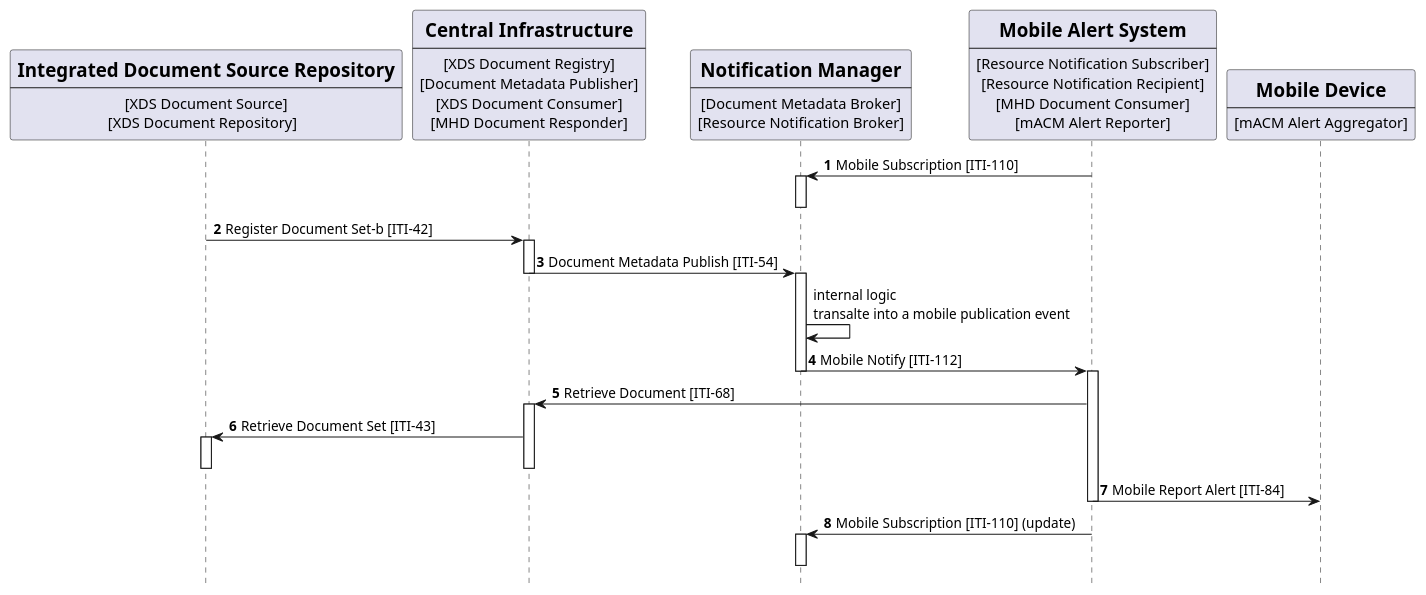
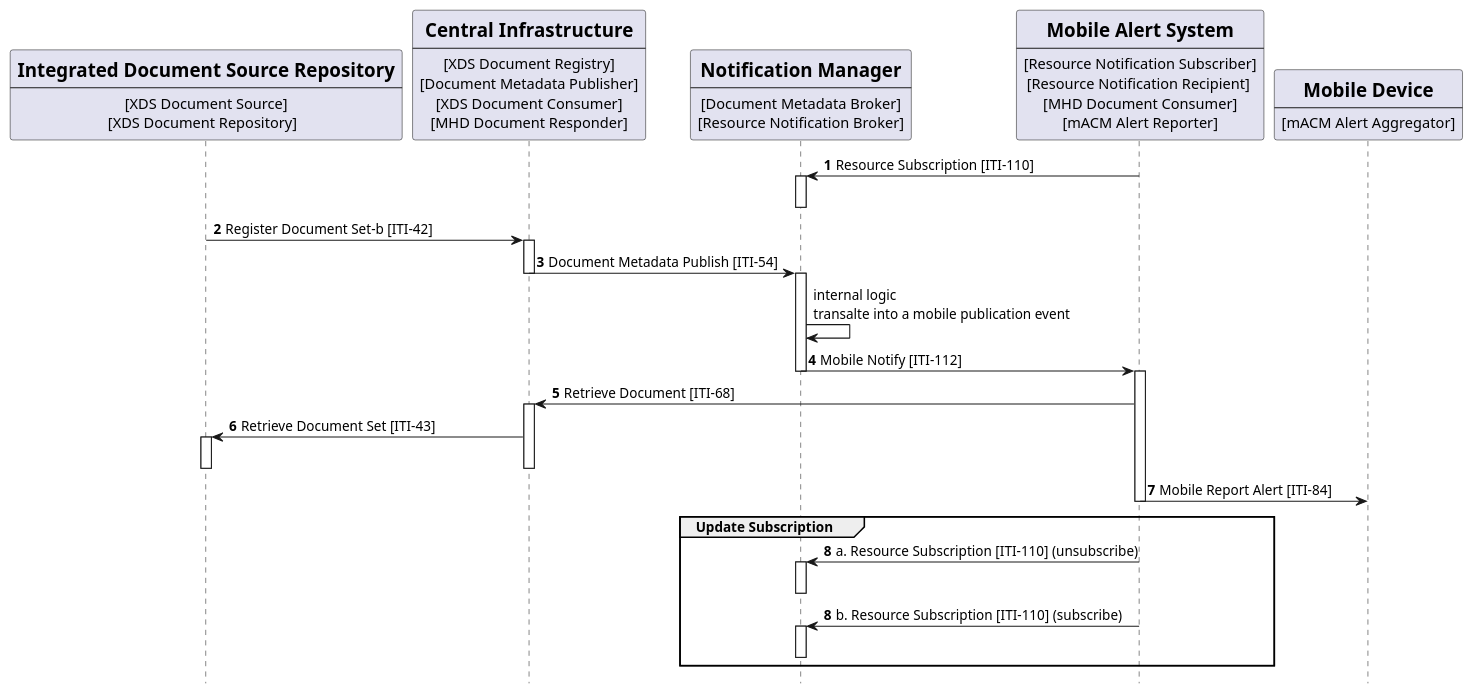
One commit to IHE/ITI.DSUBm changed the diagram in input/images-source/usecase5-processflow.plantuml. Above: the diagram before and after it, drawn with PlantUML. The commit also changed 1 other file, not shown here.

```diff
--- a/input/images-source/usecase5-processflow.plantuml
+++ b/input/images-source/usecase5-processflow.plantuml
@@ -1,75 +1,83 @@
 @startuml
 skinparam svgDimensionStyle false
 hide footbox
 /'title "Subscription with DSUBm on DSUB infrastructure from Mobile Device" '/
 
 
 participant Repository [
     =Integrated Document Source Repository
     ----
     [XDS Document Source]
     [XDS Document Repository]  
 ] 
 
 participant Central [
     =Central Infrastructure
     ----
     [XDS Document Registry]
     [Document Metadata Publisher]
     [XDS Document Consumer]
     [MHD Document Responder]
 ] 
 
 participant Broker [
     =Notification Manager
     ----
     [Document Metadata Broker]
     [Resource Notification Broker]
 ] 
 
 
 participant MobDevice [
     =Mobile Alert System 
     ----
     [Resource Notification Subscriber]
-    [Resource Notification Recipient]
+    [Resource Notification Recipient] 
     [MHD Document Consumer]
     [mACM Alert Reporter]
 ] 
 
 participant Device [
     =Mobile Device
     ----
     [mACM Alert Aggregator]
 ] 
 
 autonumber "<b>"
-MobDevice -> Broker: Mobile Subscription [ITI-110]
+MobDevice -> Broker: Resource Subscription [ITI-110]
 activate Broker
 deactivate Broker
 Repository -> Central: Register Document Set-b [ITI-42]
 activate Central
 Central -> Broker:  Document Metadata Publish [ITI-54]
 deactivate Central
 activate Broker
 autonumber stop 
 Broker -> Broker: internal logic\ntransalte into a mobile publication event
 autonumber 4 "<b>"
 Broker  -> MobDevice: Mobile Notify [ITI-112]
 deactivate Broker
 
 activate MobDevice
 MobDevice -> Central: Retrieve Document [ITI-68]
 activate Central
 Central -> Repository: Retrieve Document Set [ITI-43]
 activate Repository
 deactivate Repository
 deactivate Central
 MobDevice -> Device: Mobile Report Alert [ITI-84]
 deactivate MobDevice
 
-MobDevice -> Broker: Mobile Subscription [ITI-110] (update)
-activate Broker
-deactivate Broker
+group Update Subscription
+  autonumber stop
+  autonumber 8 "<b>"
+  MobDevice -> Broker: a. Resource Subscription [ITI-110] (unsubscribe)
+  activate Broker
+  deactivate Broker
+  autonumber 8 "<b>"
+  MobDevice -> Broker: b. Resource Subscription [ITI-110] (subscribe)
+  activate Broker
+  deactivate Broker
+end  
 
 @enduml
```
